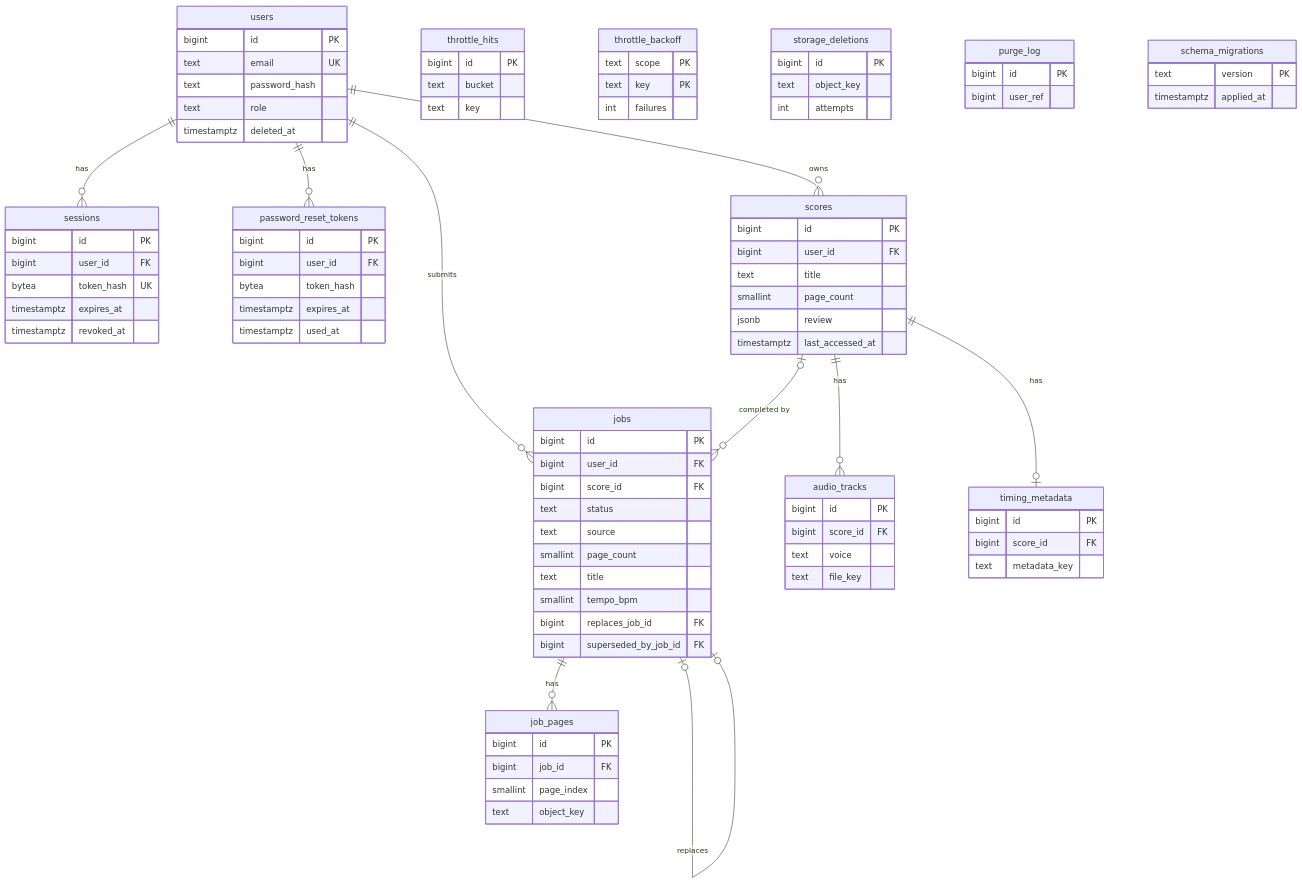
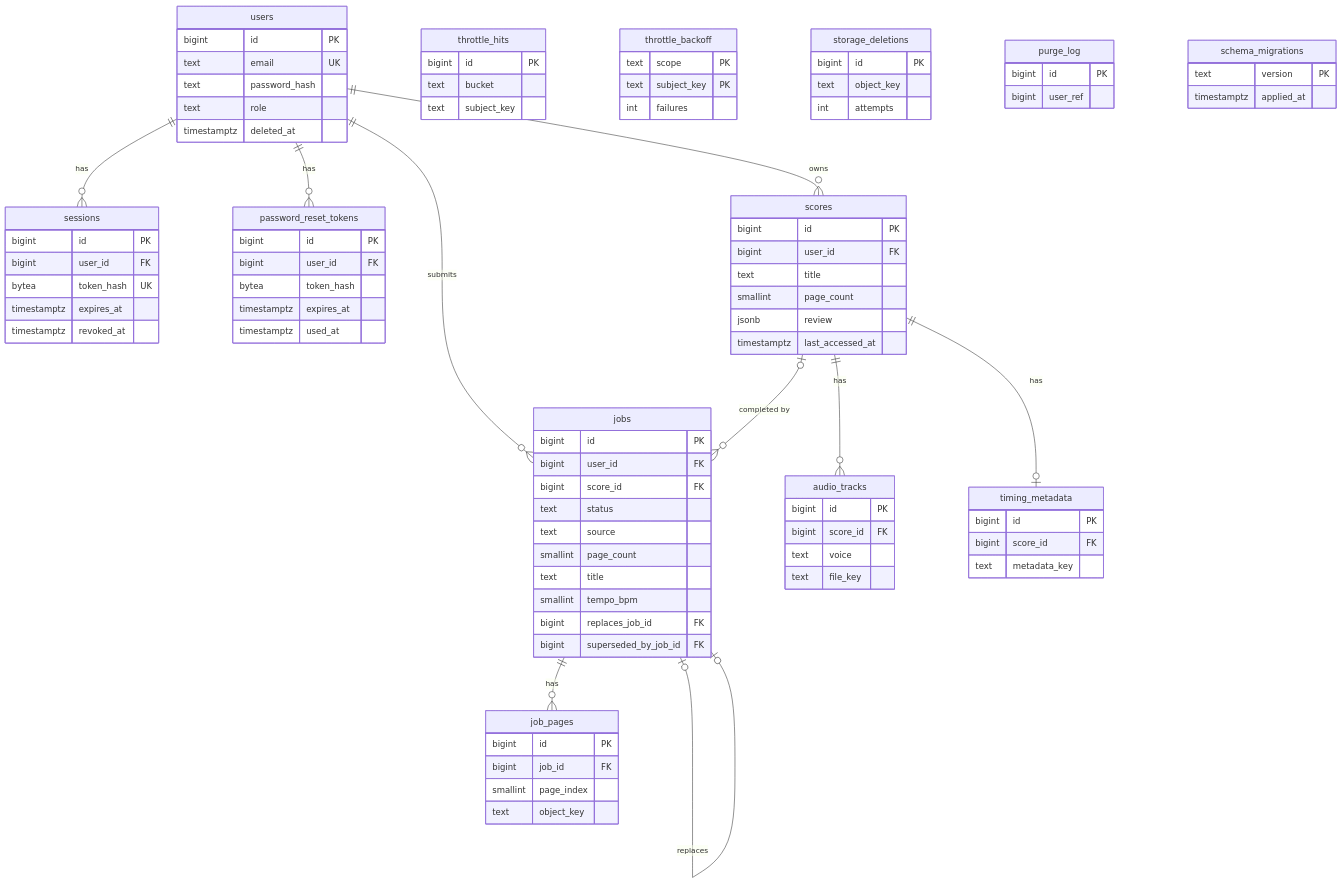
One commit to pineappleapi/PiyaNota changed the diagram in docs/backend/erd.md. Above: the diagram before and after it, drawn with Mermaid. The commit also changed other lines of this file, not shown here.

First line of the commit message:
PIYA-311: ERD review fixes (timestamps, indexes, constraints)

```diff
--- a/docs/backend/erd.md
+++ b/docs/backend/erd.md
@@ -80,11 +80,11 @@
     throttle_hits {
         bigint id PK
         text bucket
-        text key
+        text subject_key
     }
     throttle_backoff {
         text scope PK
-        text key PK
+        text subject_key PK
         int failures
     }
     storage_deletions {
```
